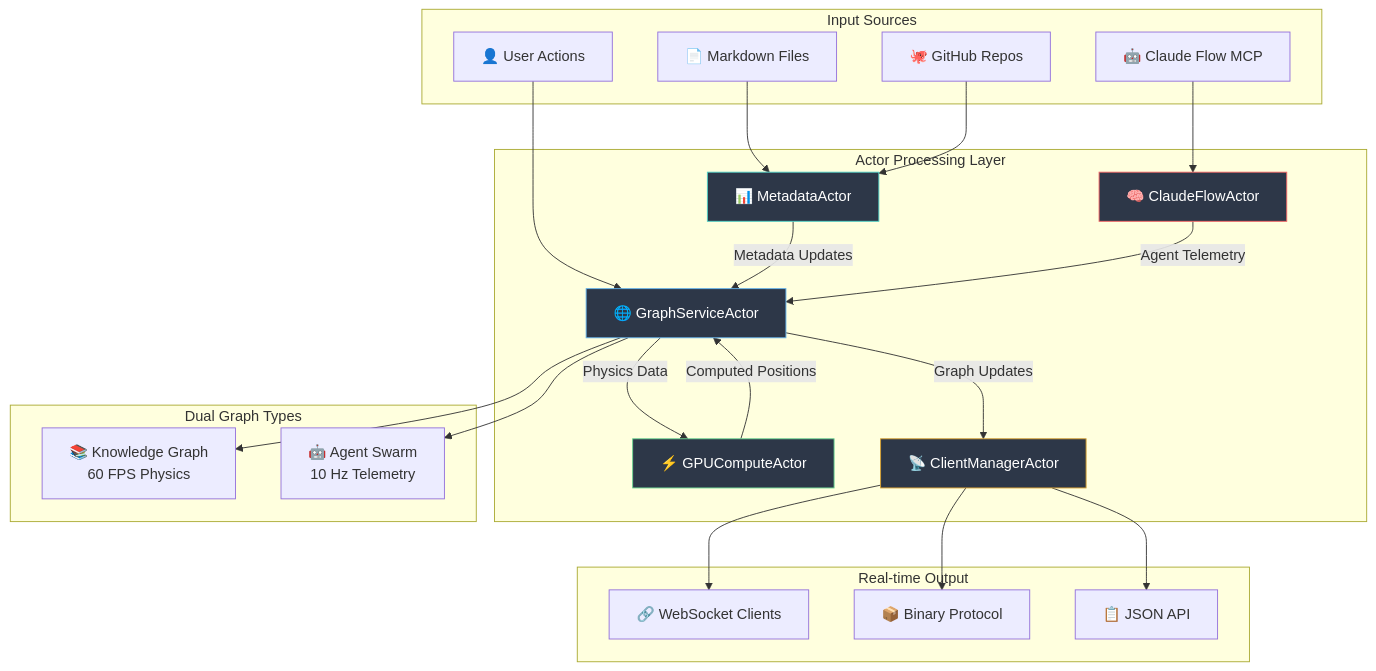
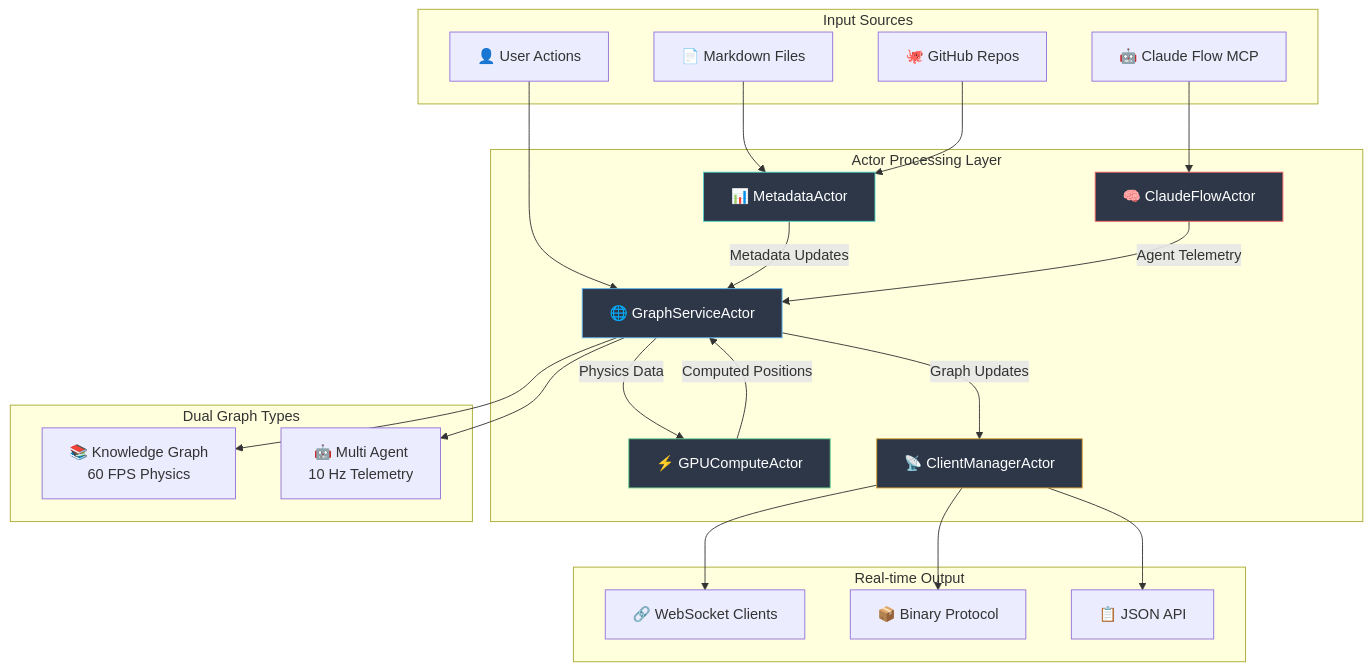
One commit to DreamLab-AI/VisionFlow changed the second of 3 diagrams in docs/server/architecture.md. Above: the diagram before and after it, drawn with Mermaid. The commit also changed other lines of this file and 62 other files, not shown here.

Commit message:
rename to multiAgent

````diff
--- a/docs/server/architecture.md
+++ b/docs/server/architecture.md
@@ -310,52 +310,52 @@
 ```mermaid
 graph TB
     subgraph "Input Sources"
         MD["📄 Markdown Files"]
         GH["🐙 GitHub Repos"]
         MCP["🤖 Claude Flow MCP"]
         USER["👤 User Actions"]
     end
-    
+
     subgraph "Actor Processing Layer"
         MA["📊 MetadataActor"]
         CFA["🧠 ClaudeFlowActor"]
         GSA["🌐 GraphServiceActor"]
         GCA["⚡ GPUComputeActor"]
         CMA["📡 ClientManagerActor"]
     end
-    
+
     subgraph "Dual Graph Types"
         KG["📚 Knowledge Graph<br/>60 FPS Physics"]
-        AG["🤖 Agent Swarm<br/>10 Hz Telemetry"]
+        AG["🤖 Multi Agent<br/>10 Hz Telemetry"]
     end
-    
+
     subgraph "Real-time Output"
         WS["🔗 WebSocket Clients"]
         BIN["📦 Binary Protocol"]
         JSON["📋 JSON API"]
     end
-    
+
     MD --> MA
     GH --> MA
     MCP --> CFA
     USER --> GSA
-    
+
     MA --> |"Metadata Updates"| GSA
     CFA --> |"Agent Telemetry"| GSA
     GSA --> |"Physics Data"| GCA
     GCA --> |"Computed Positions"| GSA
     GSA --> |"Graph Updates"| CMA
-    
+
     GSA --> KG
     GSA --> AG
-    
+
     CMA --> WS
     CMA --> BIN
     CMA --> JSON
-    
+
     style MA fill:#2D3748,stroke:#4FD1C7,color:#FFFFFF
     style CFA fill:#2D3748,stroke:#F56565,color:#FFFFFF
     style GSA fill:#2D3748,stroke:#63B3ED,color:#FFFFFF
     style GCA fill:#2D3748,stroke:#68D391,color:#FFFFFF
     style CMA fill:#2D3748,stroke:#D69E2E,color:#FFFFFF
 ```
````
